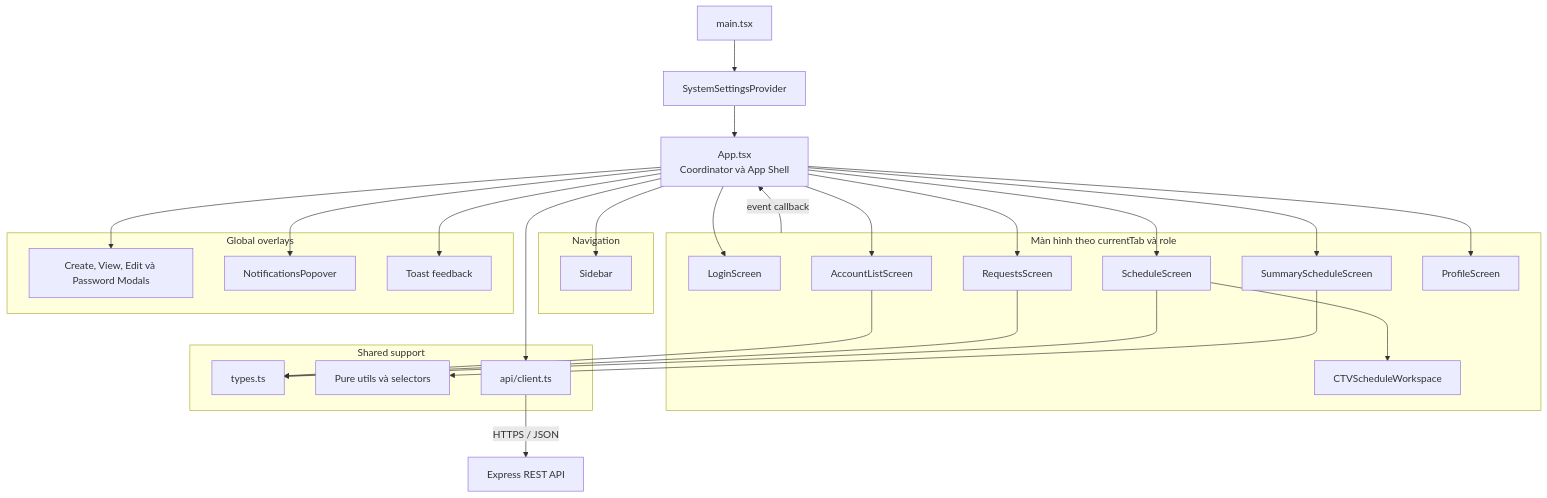
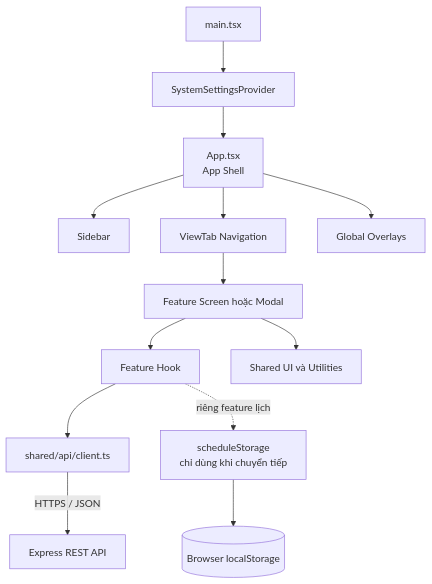
Before and after one commit to MINHDZVODICH/ctv-manage: the second of 3 diagrams in docs/ARCHITECTURE.md, drawn with Mermaid. The commit also changed other lines of this file and 19 other files, not shown here.

Commit message:
docs: align API architecture and prototype flows

````diff
--- a/docs/ARCHITECTURE.md
+++ b/docs/ARCHITECTURE.md
@@ -65,50 +49,24 @@
 ```mermaid
 flowchart TB
     Main[main.tsx]
     Settings[SystemSettingsProvider]
-    App[App.tsx<br/>Coordinator và App Shell]
-
-    subgraph Nav[Navigation]
-        Sidebar[Sidebar]
-    end
-
-    subgraph Screens[Màn hình theo currentTab và role]
-        Login[LoginScreen]
-        Accounts[AccountListScreen]
-        Requests[RequestsScreen]
-        Schedule[ScheduleScreen]
-        CTVSchedule[CTVScheduleWorkspace]
-        Summary[SummaryScheduleScreen]
-        Profile[ProfileScreen]
-    end
-
-    subgraph Overlay[Global overlays]
-        Modals[Create, View, Edit và Password Modals]
-        Notifications[NotificationsPopover]
-        Toast[Toast feedback]
-    end
-
-    subgraph Support[Shared support]
-        Types[types.ts]
-        Utils[Pure utils và selectors]
-        API[api/client.ts]
-    end
+    App[App.tsx<br/>App Shell]
+    Sidebar[Sidebar]
+    Navigation[ViewTab Navigation]
+    Overlay[Global Overlays]
+    Screen[Feature Screen hoặc Modal]
+    Hook[Feature Hook]
+    APIClient[shared/api/client.ts]
+    Shared[Shared UI và Utilities]
+    ScheduleStorage[scheduleStorage<br/>chỉ dùng khi chuyển tiếp]
+    LocalStorage[(Browser localStorage)]
 
     Main --> Settings --> App
     App --> Sidebar
-    App --> Login
-    App --> Accounts
-    App --> Requests
-    App --> Schedule --> CTVSchedule
-    App --> Summary
-    App --> Profile
-    App --> Modals
-    App --> Notifications
-    App --> Toast
-    Accounts --> Types
-    Requests --> Types
-    Schedule --> Types
-    Summary --> Utils
-    App --> API -->|HTTPS / JSON| REST[Express REST API]
-    Screens -->|event callback| App
+    App --> Navigation --> Screen
+    App --> Overlay
+    Screen --> Hook --> APIClient
+    Screen --> Shared
+    Hook -. riêng feature lịch .-> ScheduleStorage --> LocalStorage
+    APIClient -->|HTTPS / JSON| REST[Express REST API]
 ```
````
